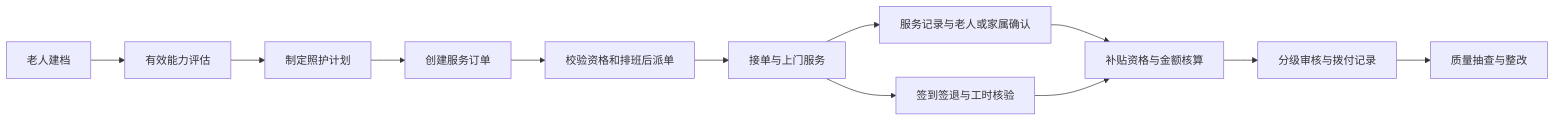
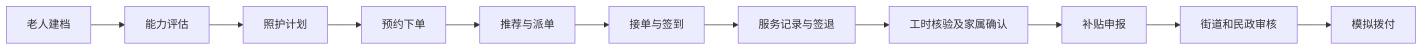
The diagram in docs/需求与整体设计思路.md (Herbertlyw/db_eldercare), drawn with Mermaid before and after one commit. The commit also changed other lines of this file and 20 other files, not shown here.

````diff
--- a/docs/需求与整体设计思路.md
+++ b/docs/需求与整体设计思路.md
@@ -64,14 +30,13 @@
 ```mermaid
 flowchart LR
-    A[老人建档] --> B[有效能力评估]
-    B --> C[制定照护计划]
-    C --> D[创建服务订单]
-    D --> E[校验资格和排班后派单]
-    E --> F[接单与上门服务]
-    F --> G[服务记录与老人或家属确认]
-    F --> H[签到签退与工时核验]
-    G --> I[补贴资格与金额核算]
-    H --> I
-    I --> J[分级审核与拨付记录]
-    J --> K[质量抽查与整改]
+    A[老人建档] --> B[能力评估]
+    B --> C[照护计划]
+    C --> D[预约下单]
+    D --> E[推荐与派单]
+    E --> F[接单与签到]
+    F --> G[服务记录与签退]
+    G --> H[工时核验及家属确认]
+    H --> I[补贴申报]
+    I --> J[街道和民政审核]
+    J --> K[模拟拨付]
 ```
````
